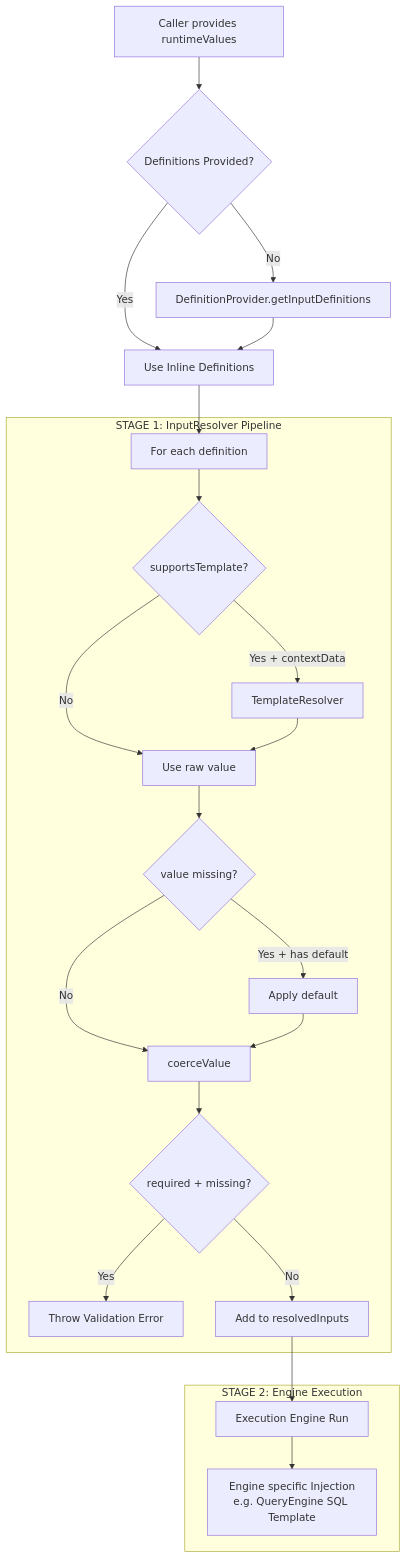
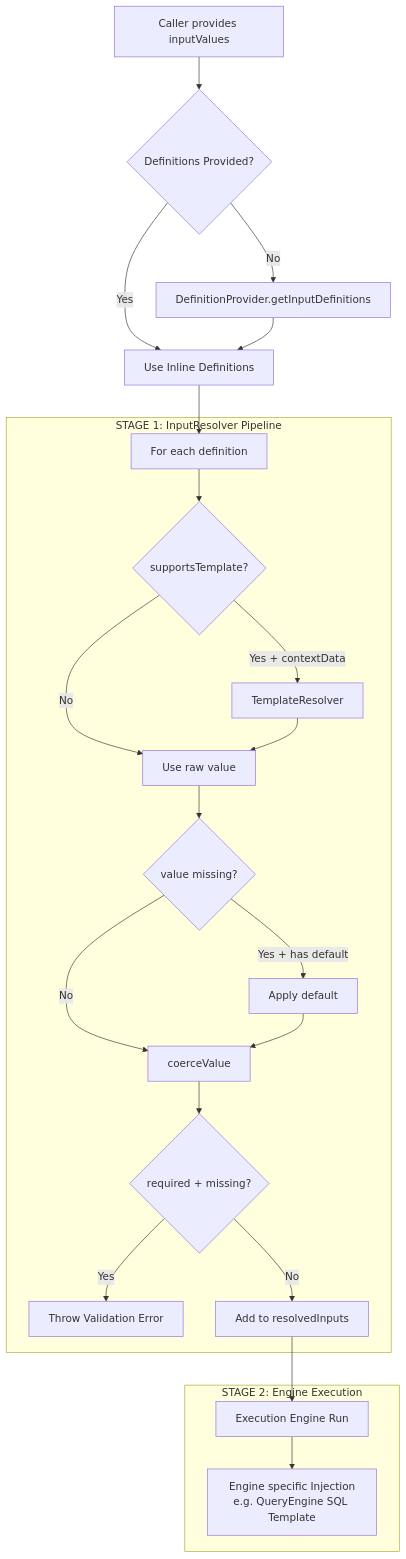
The first of 5 diagrams in docs/docs/concepts/input-lifecycle.md (Jet-labs/jet-admin), drawn with Mermaid before and after one commit. The commit also changed other lines of this file and 135 other files, not shown here.

````diff
--- a/docs/docs/concepts/input-lifecycle.md
+++ b/docs/docs/concepts/input-lifecycle.md
@@ -98,28 +98,28 @@
 ```mermaid
 graph TD
-    A[Caller provides runtimeValues] --> B{Definitions Provided?}
+    A[Caller provides inputValues] --> B{Definitions Provided?}
     B -->|Yes| D[Use Inline Definitions]
     B -->|No| C[DefinitionProvider.getInputDefinitions]
     C --> D
     D --> E[For each definition]
     
     subgraph STAGE 1: InputResolver Pipeline
         E --> F{supportsTemplate?}
         F -->|Yes + contextData| G[TemplateResolver]
         F -->|No| H[Use raw value]
         G --> H
         H --> I{value missing?}
         I -->|Yes + has default| J[Apply default]
         I -->|No| K[coerceValue]
         J --> K
         K --> L{required + missing?}
         L -->|Yes| M[Throw Validation Error]
         L -->|No| N[Add to resolvedInputs]
     end
     
     N --> O[Execution Engine Run]
 
     subgraph STAGE 2: Engine Execution
         O --> P[Engine specific Injection<br/>e.g. QueryEngine SQL Template]
     end
 ```
````
